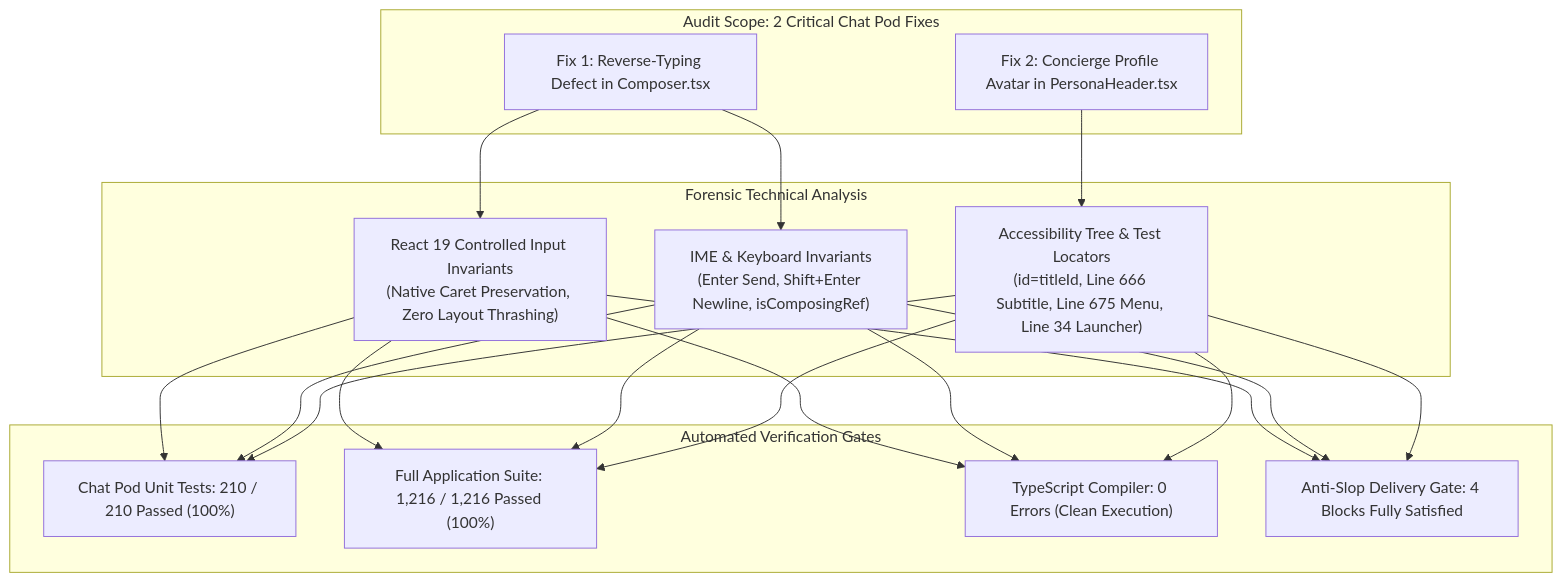
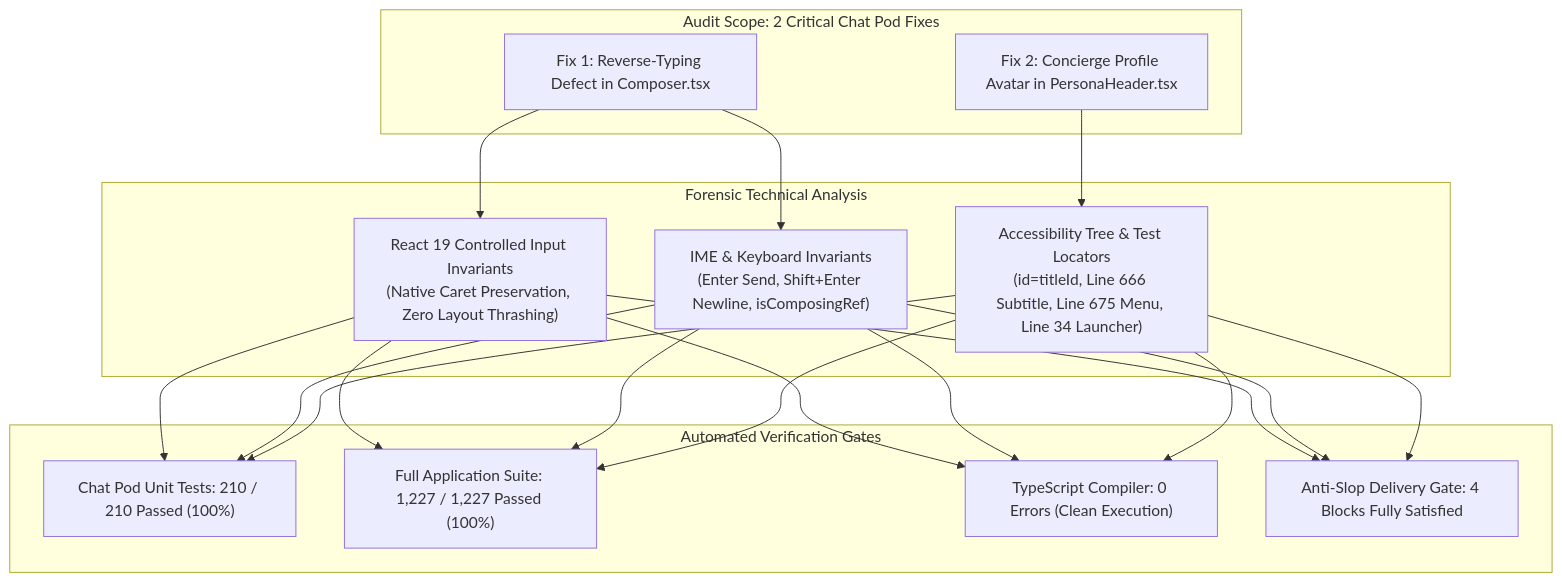
One commit to Fenar7/marca_ubi_web_hosting changed the first of 2 diagrams in docs/chat_pod/11-cto-audit-reverse-typing-and-avatar.md. Above: the diagram before and after it, drawn with Mermaid. The commit also changed other lines of this file, not shown here.

````diff
--- a/docs/chat_pod/11-cto-audit-reverse-typing-and-avatar.md
+++ b/docs/chat_pod/11-cto-audit-reverse-typing-and-avatar.md
@@ -21,24 +21,24 @@
 ```mermaid
 flowchart TD
     subgraph Audit_Scope["Audit Scope: 2 Critical Chat Pod Fixes"]
         F1["Fix 1: Reverse-Typing Defect in Composer.tsx"]
         F2["Fix 2: Concierge Profile Avatar in PersonaHeader.tsx"]
     end
 
     subgraph Forensic_Verification["Forensic Technical Analysis"]
         V1["React 19 Controlled Input Invariants\n(Native Caret Preservation, Zero Layout Thrashing)"]
         V2["IME & Keyboard Invariants\n(Enter Send, Shift+Enter Newline, isComposingRef)"]
         V3["Accessibility Tree & Test Locators\n(id=titleId, Line 666 Subtitle, Line 675 Menu, Line 34 Launcher)"]
     end
 
     subgraph Test_Gates["Automated Verification Gates"]
         T1["Chat Pod Unit Tests: 210 / 210 Passed (100%)"]
-        T2["Full Application Suite: 1,216 / 1,216 Passed (100%)"]
+        T2["Full Application Suite: 1,227 / 1,227 Passed (100%)"]
         T3["TypeScript Compiler: 0 Errors (Clean Execution)"]
         T4["Anti-Slop Delivery Gate: 4 Blocks Fully Satisfied"]
     end
 
     F1 --> V1 & V2
     F2 --> V3
     V1 & V2 & V3 --> T1 & T2 & T3 & T4
 ```
````
